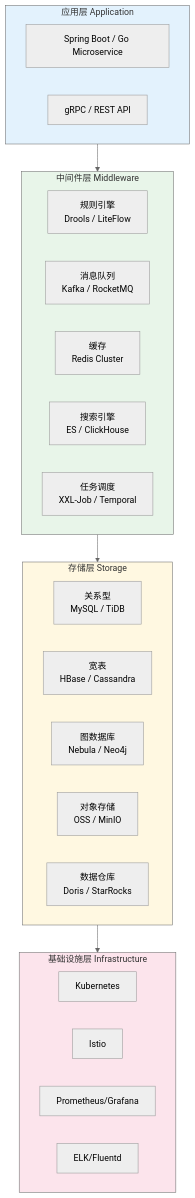
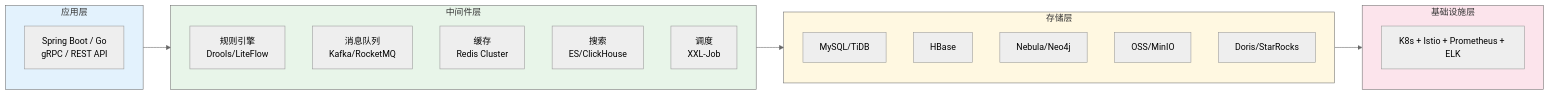
Before and after one commit to zhangqian-silk/cs-note: the fourth of 7 diagrams in system_design/marketing/marketing_system.md, drawn with Mermaid (neutral theme). The commit also changed other lines of this file, not shown here.

Commit message:
docs: 优化 Mermaid 图表布局，改为横向布局

````diff
--- a/system_design/marketing/marketing_system.md
+++ b/system_design/marketing/marketing_system.md
@@ -417,39 +405,33 @@
 ```mermaid
-flowchart TB
-    subgraph 应用层[应用层 Application]
-        A1[Spring Boot / Go Microservice]
-        A2[gRPC / REST API]
+flowchart LR
+    subgraph L1[应用层]
+        A[Spring Boot / Go<br/>gRPC / REST API]
     end
     
-    subgraph 中间件层[中间件层 Middleware]
-        M1[规则引擎<br/>Drools / LiteFlow]
-        M2[消息队列<br/>Kafka / RocketMQ]
+    subgraph L2[中间件层]
+        M1[规则引擎<br/>Drools/LiteFlow]
+        M2[消息队列<br/>Kafka/RocketMQ]
         M3[缓存<br/>Redis Cluster]
-        M4[搜索引擎<br/>ES / ClickHouse]
-        M5[任务调度<br/>XXL-Job / Temporal]
+        M4[搜索<br/>ES/ClickHouse]
+        M5[调度<br/>XXL-Job]
     end
     
-    subgraph 存储层[存储层 Storage]
-        S1[关系型<br/>MySQL / TiDB]
-        S2[宽表<br/>HBase / Cassandra]
-        S3[图数据库<br/>Nebula / Neo4j]
-        S4[对象存储<br/>OSS / MinIO]
-        S5[数据仓库<br/>Doris / StarRocks]
+    subgraph L3[存储层]
+        S1[MySQL/TiDB]
+        S2[HBase]
+        S3[Nebula/Neo4j]
+        S4[OSS/MinIO]
+        S5[Doris/StarRocks]
     end
     
-    subgraph 基础设施层[基础设施层 Infrastructure]
-        I1[Kubernetes]
-        I2[Istio]
-        I3[Prometheus/Grafana]
-        I4[ELK/Fluentd]
+    subgraph L4[基础设施层]
+        I[K8s + Istio + Prometheus + ELK]
     end
     
-    应用层 --> 中间件层
-    中间件层 --> 存储层
-    存储层 --> 基础设施层
+    L1 --> L2 --> L3 --> L4
     
-    style 应用层 fill:#e3f2fd
-    style 中间件层 fill:#e8f5e9
-    style 存储层 fill:#fff8e1
-    style 基础设施层 fill:#fce4ec
+    style L1 fill:#e3f2fd
+    style L2 fill:#e8f5e9
+    style L3 fill:#fff8e1
+    style L4 fill:#fce4ec
 ```
````
